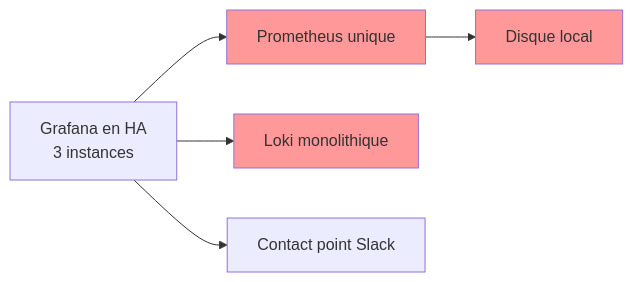
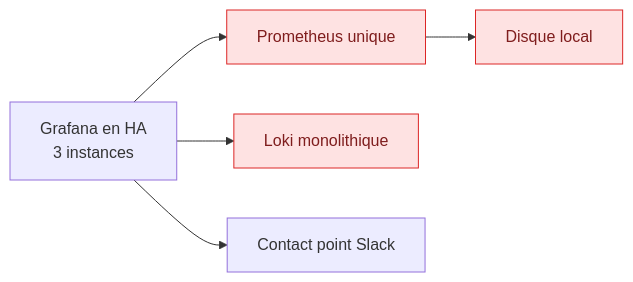
One commit to Gooseppr/GevOps_LC changed the third of 3 diagrams in courses/grafana/29_ha_resilience.md. Above: the diagram before and after it, drawn with Mermaid. The commit also changed 56 other files, not shown here.

````diff
--- a/courses/grafana/29_ha_resilience.md
+++ b/courses/grafana/29_ha_resilience.md
@@ -367,10 +367,10 @@
 ```mermaid
 flowchart LR
     G[Grafana en HA<br/>3 instances] --> P[Prometheus unique]
     G --> L[Loki monolithique]
     G --> N[Contact point Slack]
     P --> S[Disque local]
-    style P fill:#f99
-    style L fill:#f99
-    style S fill:#f99
+    style P fill:#fee2e2,stroke:#dc2626,color:#7f1d1d
+    style L fill:#fee2e2,stroke:#dc2626,color:#7f1d1d
+    style S fill:#fee2e2,stroke:#dc2626,color:#7f1d1d
 ```
````
